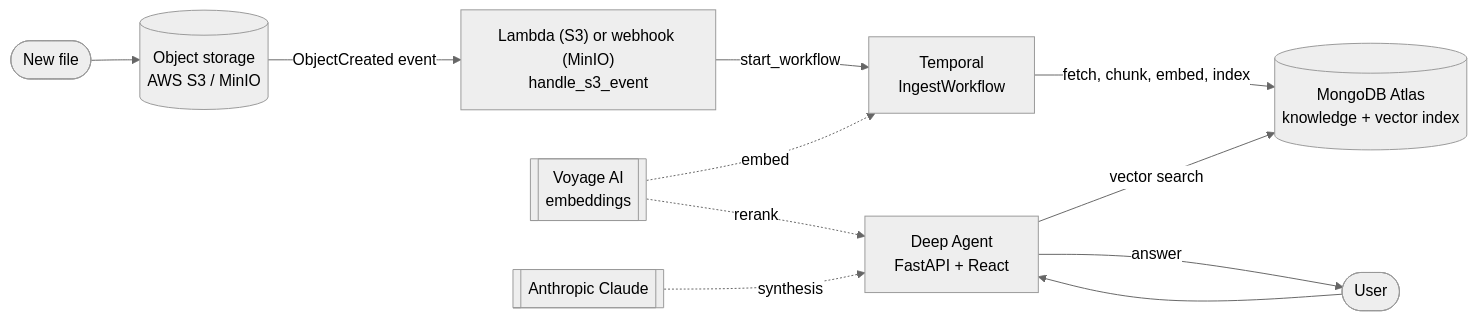
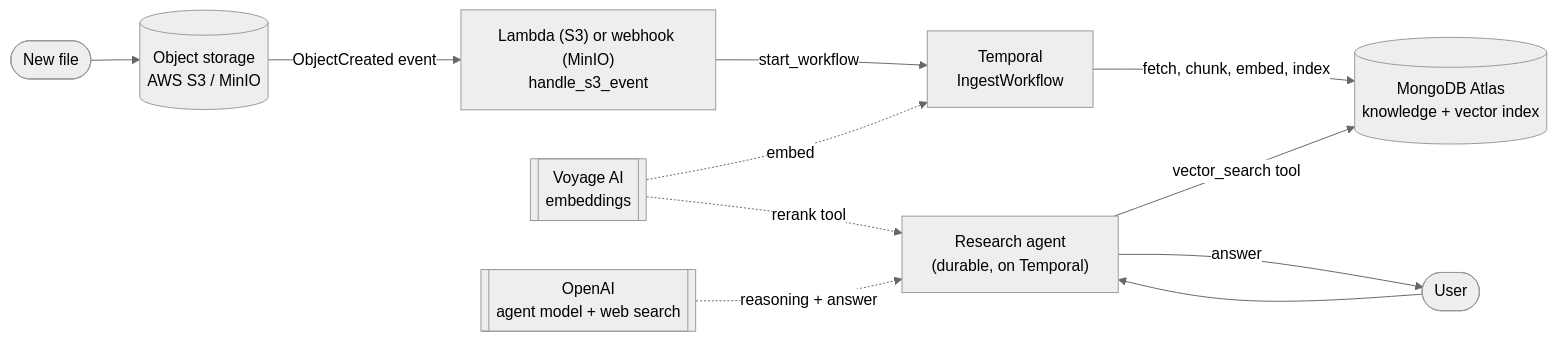
The first of 2 diagrams in README.md (mongodb-partners/mdb-temporal-pra), drawn with Mermaid (neutral theme) before and after one commit. The commit also changed other lines of this file and 24 other files, not shown here.

````diff
--- a/README.md
+++ b/README.md
@@ -48,14 +48,14 @@
 ```mermaid
 flowchart LR
     upload([New file]) --> store[("Object storage<br/>AWS S3 / MinIO")]
     store -->|"ObjectCreated event"| trig["Lambda (S3) or webhook (MinIO)<br/>handle_s3_event"]
     trig -->|"start_workflow"| temporal["Temporal<br/>IngestWorkflow"]
     temporal -->|"fetch, chunk, embed, index"| atlas[("MongoDB Atlas<br/>knowledge + vector index")]
     voyage[["Voyage AI<br/>embeddings"]] -.->|"embed"| temporal
 
-    user([User]) --> agent["Deep Agent<br/>FastAPI + React"]
-    agent -->|"vector search"| atlas
-    voyage -.->|"rerank"| agent
-    claude[["Anthropic Claude"]] -.->|"synthesis"| agent
+    user([User]) --> agent["Research agent<br/>(durable, on Temporal)"]
+    agent -->|"vector_search tool"| atlas
+    voyage -.->|"rerank tool"| agent
+    openai[["OpenAI<br/>agent model + web search"]] -.->|"reasoning + answer"| agent
     agent -->|"answer"| user
 ```
````
